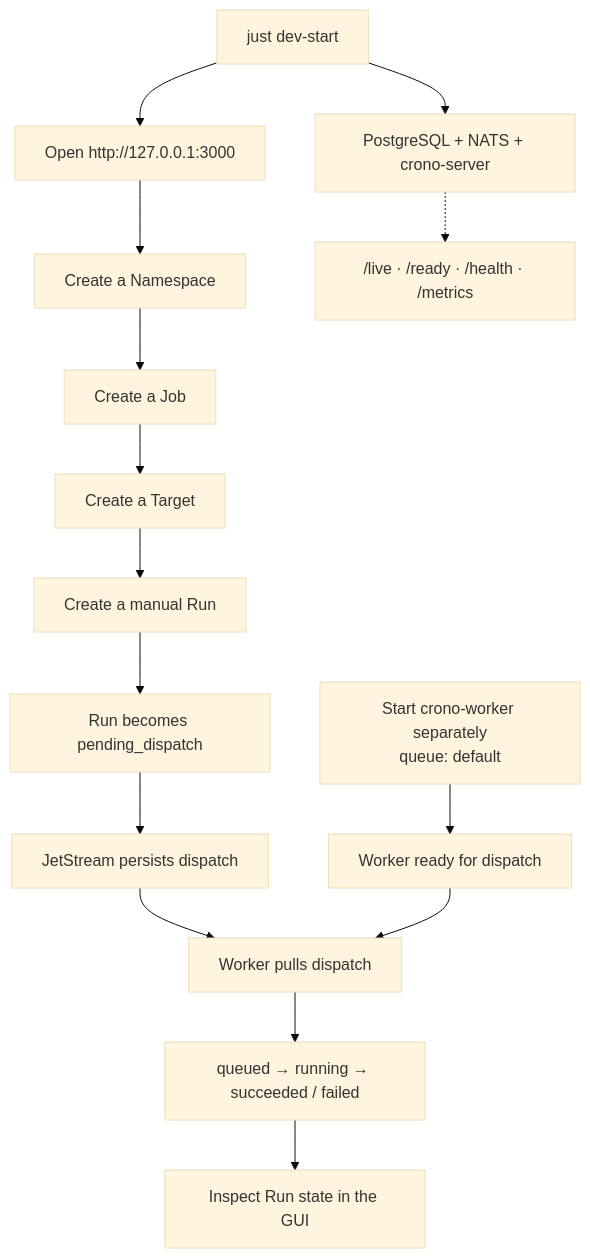
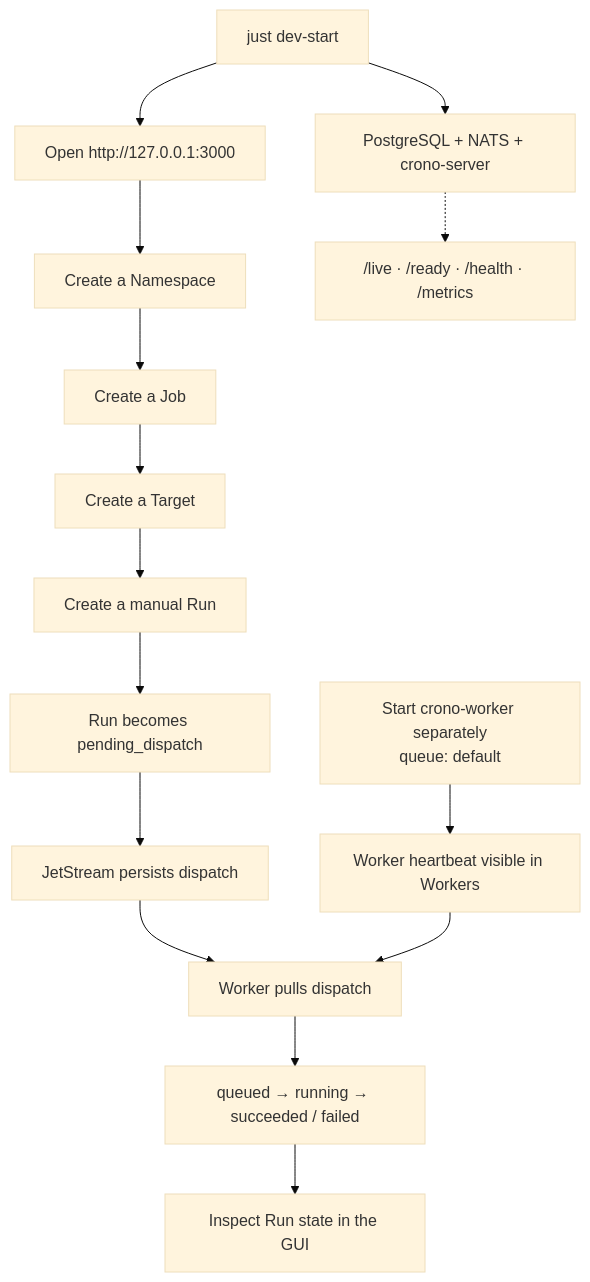
Before and after one commit to crono-io/crono: the fifth of 5 diagrams in README.md, drawn with Mermaid (base theme). The commit also changed other lines of this file and 21 other files, not shown here.

````diff
--- a/README.md
+++ b/README.md
@@ -181,19 +183,19 @@
 ```mermaid
 flowchart TD
     Start["just dev-start"] --> Web["Open http://127.0.0.1:3000"]
     Start --> Infra["PostgreSQL + NATS + crono-server"]
-    WorkerCmd["Start crono-worker separately<br/>queue: default"] --> Ready["Worker ready for dispatch"]
+    WorkerCmd["Start crono-worker separately<br/>queue: default"] --> Ready["Worker heartbeat visible in Workers"]
 
     Web --> Namespace["Create a Namespace"]
     Namespace --> Job["Create a Job"]
     Job --> Target["Create a Target"]
     Target --> Run["Create a manual Run"]
     Run --> Outbox["Run becomes pending_dispatch"]
     Outbox --> JetStream["JetStream persists dispatch"]
     JetStream --> Consume["Worker pulls dispatch"]
     Ready --> Consume
     Consume --> Running["queued → running → succeeded / failed"]
     Running --> Inspect["Inspect Run state in the GUI"]
 
     Infra -.-> Health["/live · /ready · /health · /metrics"]
 ```
````
